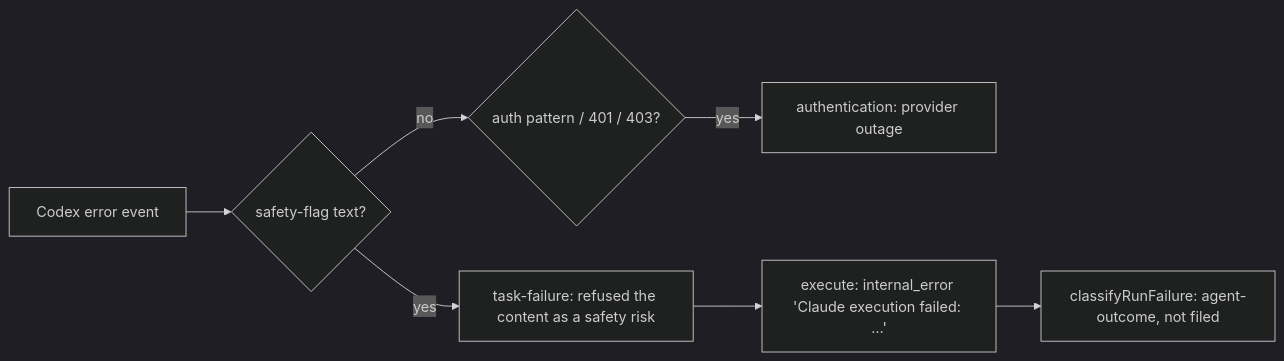
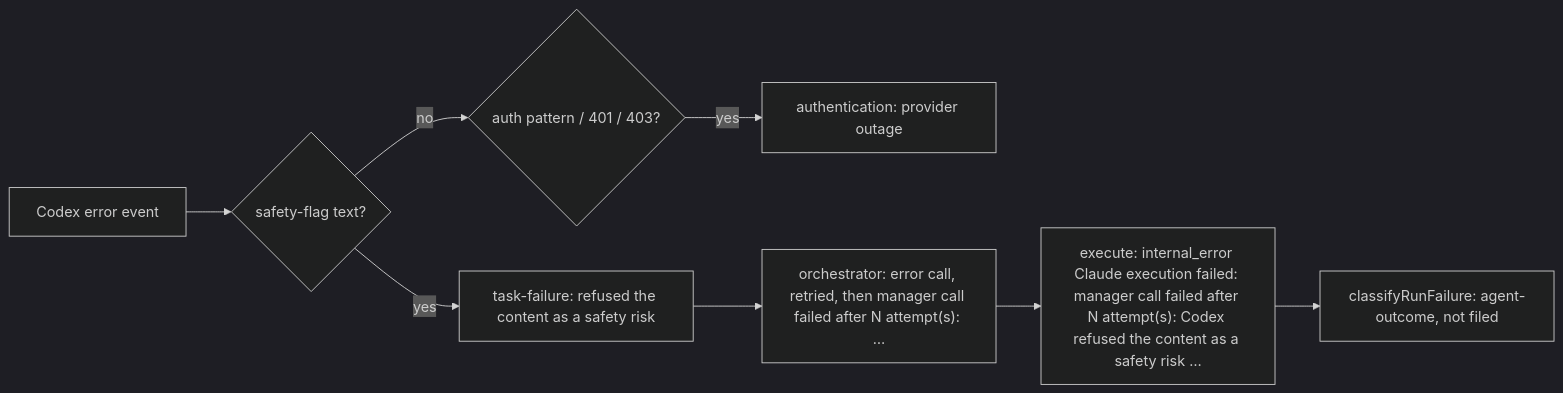
The diagram in docs/archive/pr-summaries/pr-summary-5506.md (stSoftwareAU/VibeCoder), drawn with Mermaid (dark theme) before and after one commit. The commit also changed other lines of this file and 3 other files, not shown here.

First line of the commit message:
fix(worker): class the orchestrated Codex safety refusal agent-outcome (Issue #5506)

````diff
--- a/docs/archive/pr-summaries/pr-summary-5506.md
+++ b/docs/archive/pr-summaries/pr-summary-5506.md
@@ -67,9 +75,10 @@
 ```mermaid
 flowchart LR
     A[Codex error event] --> B{safety-flag text?}
     B -- yes --> C[task-failure: refused the content as a safety risk]
     B -- no --> D{auth pattern / 401 / 403?}
     D -- yes --> E[authentication: provider outage]
-    C --> F[execute: internal_error 'Claude execution failed: …']
+    C --> H["orchestrator: error call, retried, then manager call failed after N attempt(s): …"]
+    H --> F["execute: internal_error Claude execution failed: manager call failed after N attempt(s): Codex refused the content as a safety risk …"]
     F --> G[classifyRunFailure: agent-outcome, not filed]
 ```
````
